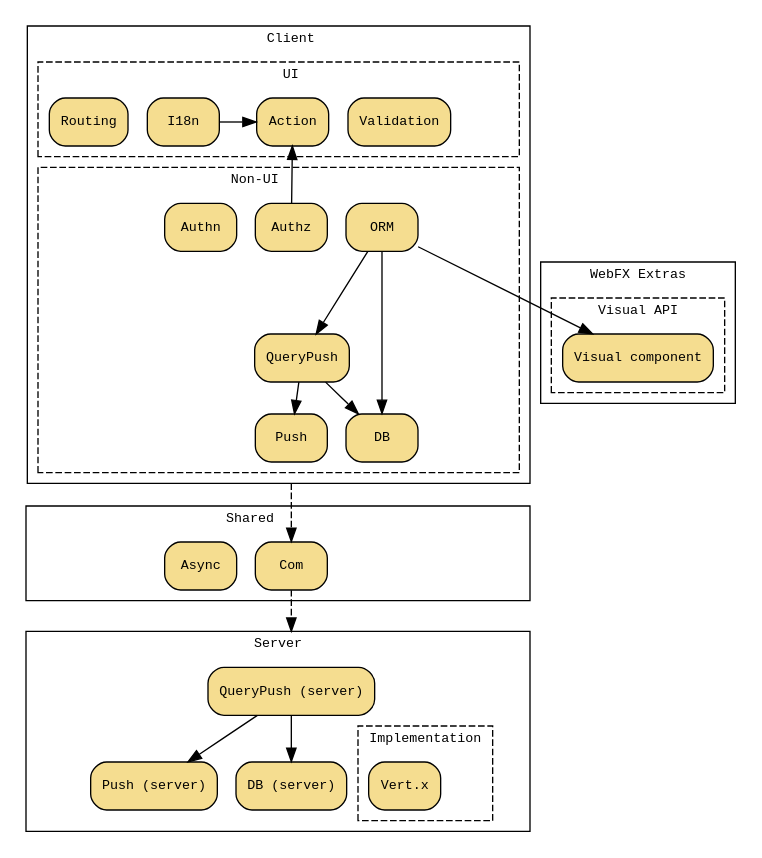
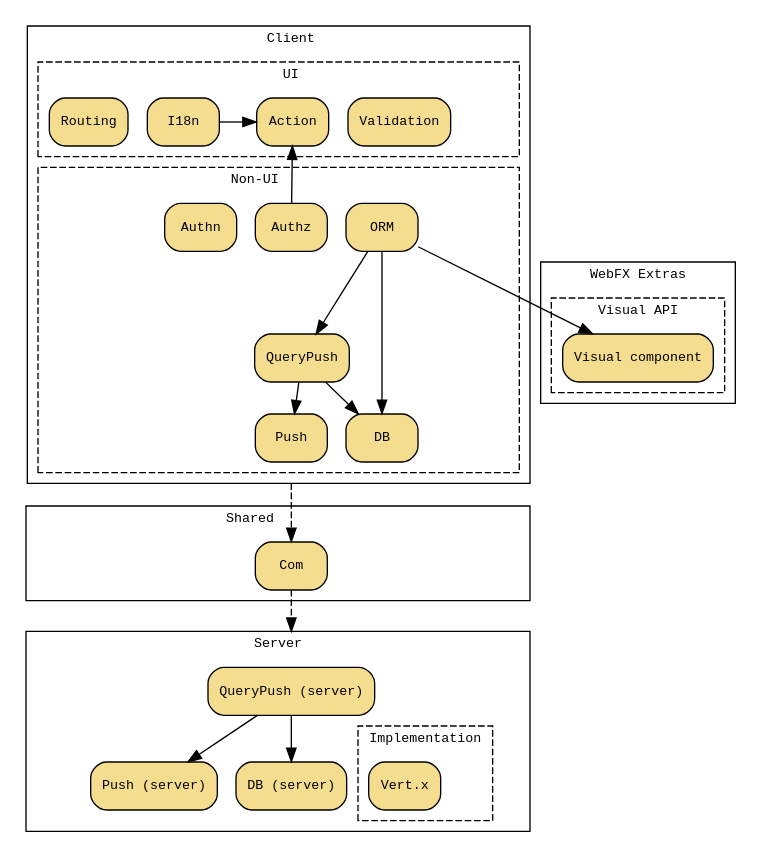
The diagram in src/main/asciidoc/webfx-stack/webfx-stack.adoc (webfx-project/webfx-docs), drawn with Graphviz before and after one commit. The commit also changed 1 other file, not shown here.

Commit message:
Moved Async from WebFX Stack to WebFX Platform diagram

```diff
--- a/src/main/asciidoc/webfx-stack/webfx-stack.adoc
+++ b/src/main/asciidoc/webfx-stack/webfx-stack.adoc
@@ -58,13 +58,12 @@
     subgraph cluster_SHR {
         label = "Shared       "
 
-        R1 [width=1.12,style=invis]
-        Async
+        R1 [width=2.078,style=invis]
         Com
         R2 [width=1.8,style=invis]
 
-        {rank=same R1 Async Com R2}
-        R1 -> Async -> Com -> R2 [style=invis]
+        {rank=same R1 Com R2}
+        R1 -> Com -> R2 [style=invis]
     }
 
     subgraph cluster_S {
```
